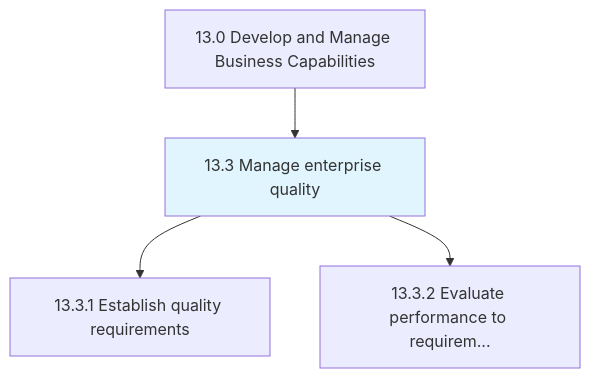
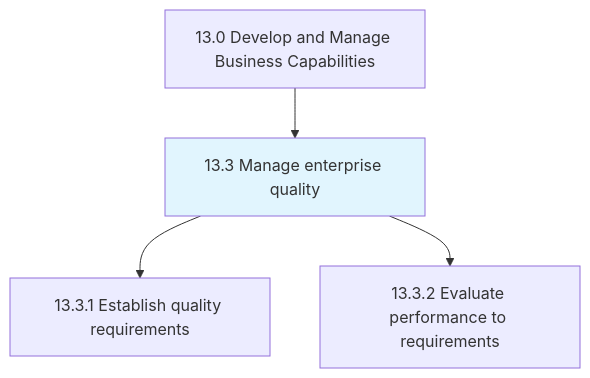
The first of 3 diagrams in processes/13-Capabilities/13.3-ManageEnterpriseQuality/index.mdx (kziemski/business.org.ai), drawn with Mermaid before and after one commit. The commit also changed other lines of this file and 885 other files, not shown here.

````diff
--- a/processes/13-Capabilities/13.3-ManageEnterpriseQuality/index.mdx
+++ b/processes/13-Capabilities/13.3-ManageEnterpriseQuality/index.mdx
@@ -25,8 +27,8 @@
 ```mermaid
 graph TD
     C13["13.0 Develop and Manage Business Capabilities"]
     C13 --> N13_3["13.3 Manage enterprise quality"]
     style N13_3 fill:#e1f5fe
     N13_3 --> N13_3_1["13.3.1 Establish quality requirements"]
-    N13_3 --> N13_3_2["13.3.2 Evaluate performance to requirem..."]
+    N13_3 --> N13_3_2["13.3.2 Evaluate performance to requirements"]
 ```
````
